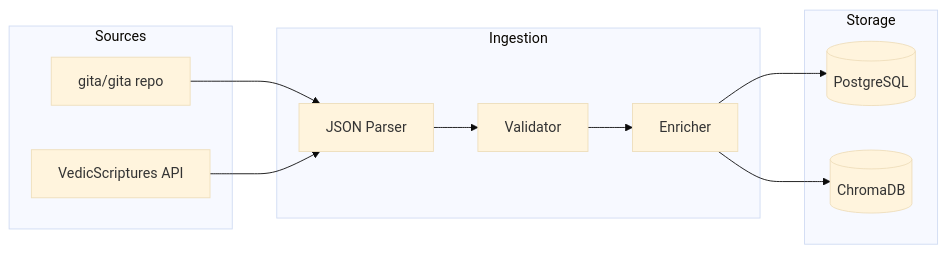
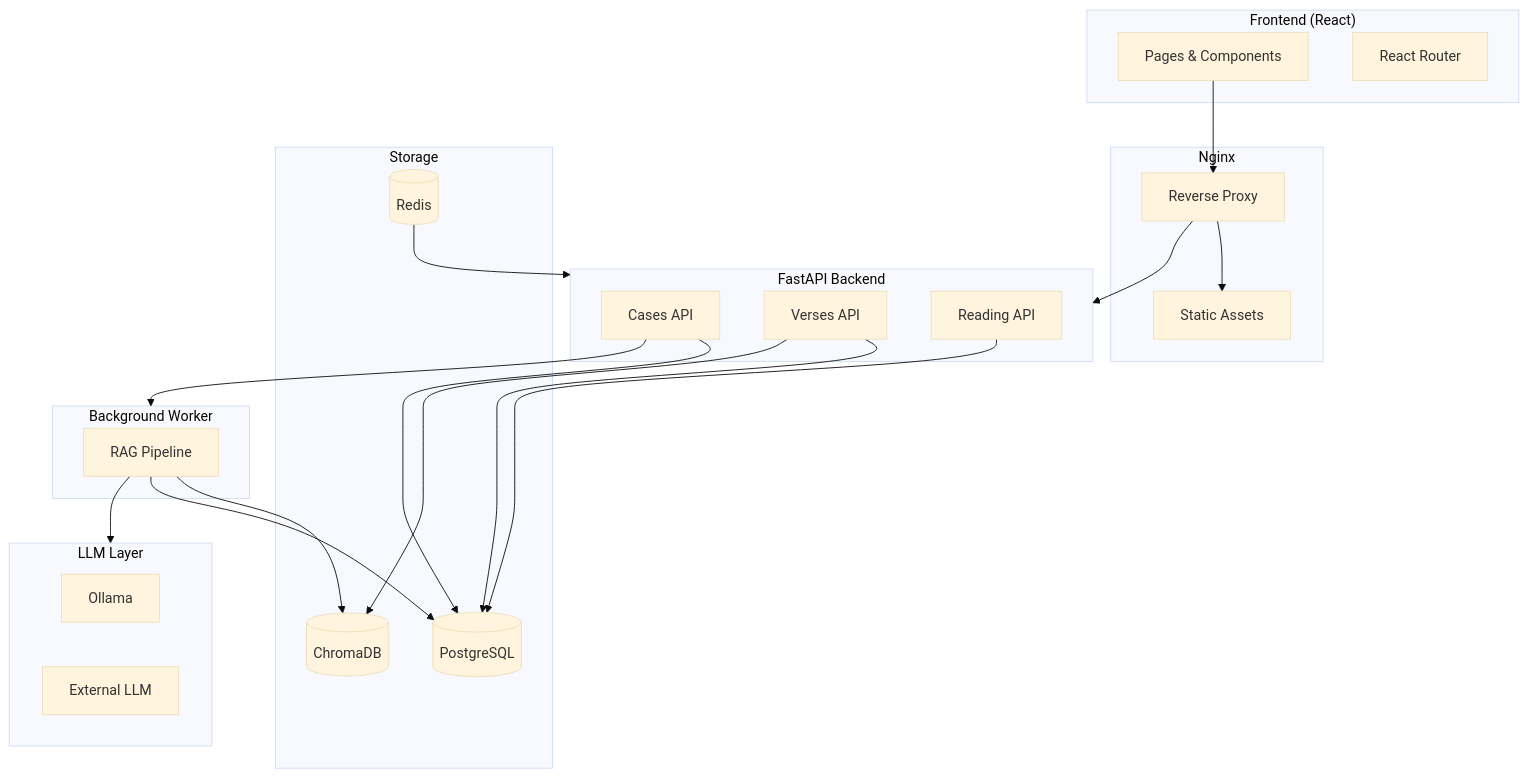
The third of 3 diagrams in docs/building-geetanjali.md (vnykmshr/geetanjali), drawn with Mermaid (base theme) before and after one commit. The commit also changed other lines of this file, not shown here.

````diff
--- a/docs/building-geetanjali.md
+++ b/docs/building-geetanjali.md
@@ -273,25 +229,49 @@
 ```mermaid
-flowchart LR
-    subgraph Sources
-        Geeta[gita/gita repo]
-        Vedic[VedicScriptures API]
+flowchart TB
+    subgraph Client["Frontend (React)"]
+        UI[Pages & Components]
+        Router[React Router]
     end
 
-    subgraph Ingestion
-        Parse[JSON Parser]
-        Validate[Validator]
-        Enrich[Enricher]
+    subgraph Edge["Nginx"]
+        Proxy[Reverse Proxy]
+        Static[Static Assets]
+    end
+
+    subgraph API["FastAPI Backend"]
+        Cases[Cases API]
+        Verses[Verses API]
+        Reading[Reading API]
+    end
+
+    subgraph Worker["Background Worker"]
+        RAG[RAG Pipeline]
     end
 
     subgraph Storage
         PG[(PostgreSQL)]
         Chroma[(ChromaDB)]
+        Redis[(Redis)]
     end
 
-    Geeta --> Parse
-    Vedic --> Parse
-    Parse --> Validate
-    Validate --> Enrich
-    Enrich --> PG
-    Enrich --> Chroma
+    subgraph LLM["LLM Layer"]
+        Ollama[Ollama]
+        External[External LLM]
+    end
+
+    UI --> Proxy
+    Proxy --> Static
+    Proxy --> API
+
+    Cases --> PG
+    Cases --> Worker
+    Verses --> PG
+    Verses --> Chroma
+    Reading --> PG
+
+    RAG --> Chroma
+    RAG --> LLM
+    RAG --> PG
+
+    Redis --> API
 ```
````
